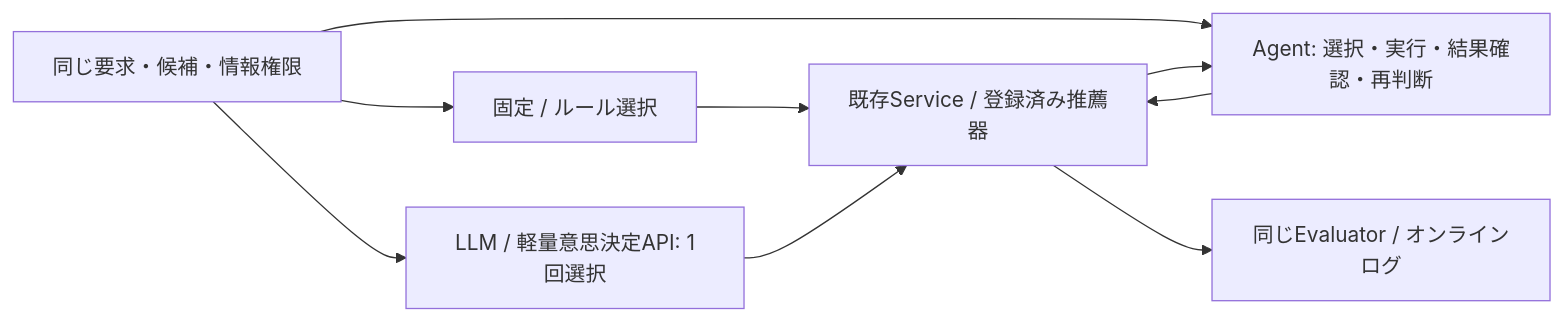
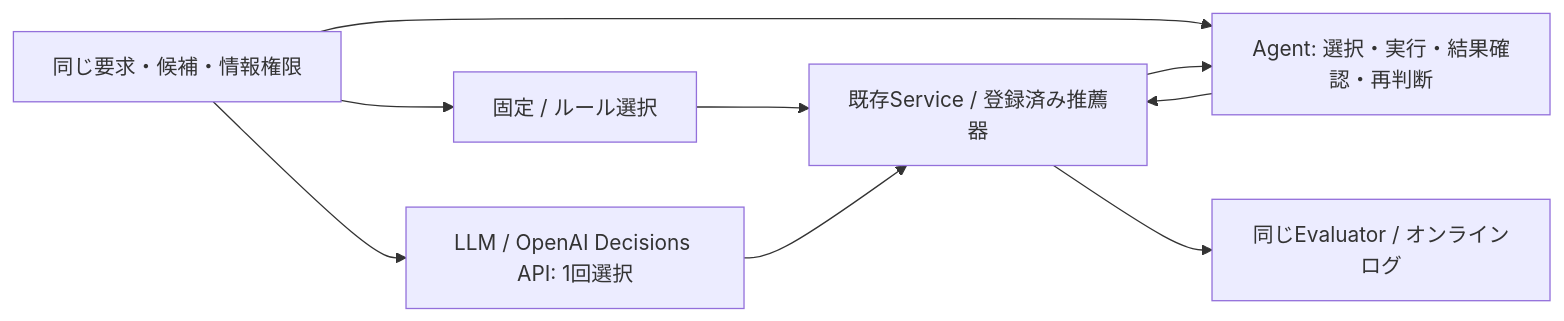
The second of 2 diagrams in docs/architecture.md (97kuek/music-recsys), drawn with Mermaid before and after one commit. The commit also changed other lines of this file and 2 other files, not shown here.

Commit message:
docs: 推薦システムの全体図とDDDの設計方針を図解

````diff
--- a/docs/architecture.md
+++ b/docs/architecture.md
@@ -103,11 +104,11 @@
 ```mermaid
 flowchart LR
     Q[同じ要求・候補・情報権限] --> F[固定 / ルール選択]
-    Q --> L[LLM / 軽量意思決定API: 1回選択]
+    Q --> L[LLM / OpenAI Decisions API: 1回選択]
     Q --> A[Agent: 選択・実行・結果確認・再判断]
     F --> S[既存Service / 登録済み推薦器]
     L --> S
     A --> S
     S --> A
     S --> E[同じEvaluator / オンラインログ]
 ```
````
